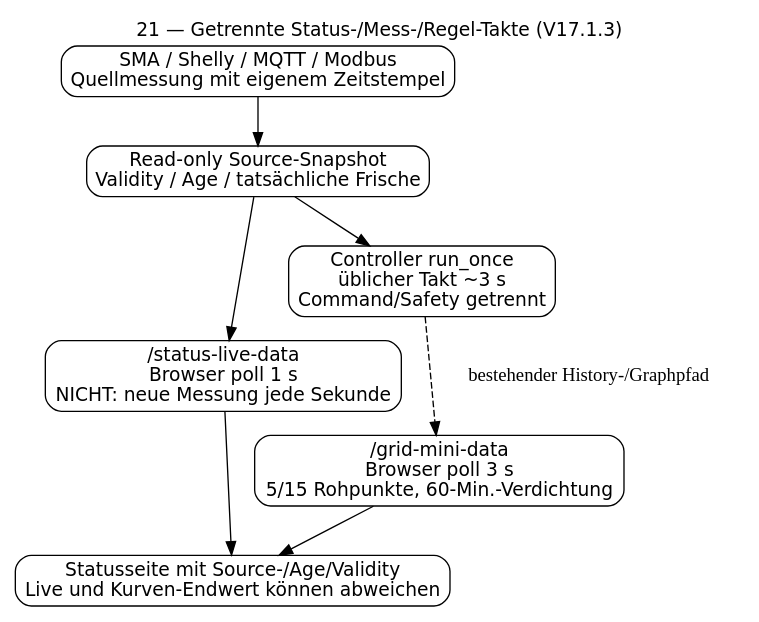
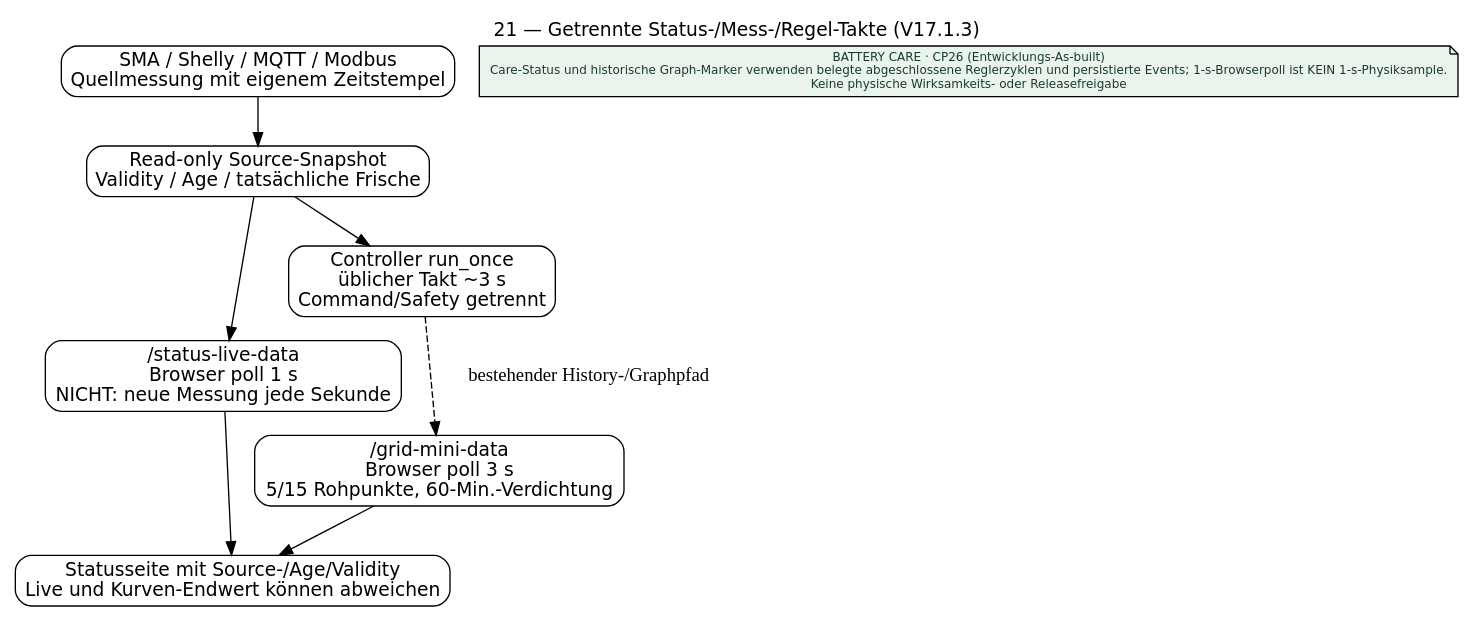
The diagram in docs/architecture/uml/diagrams/21_LIVE_STATUS_VS_CONTROL.dot (TTXaser2/zendure-energy-controller), drawn with Graphviz before and after one commit. The commit also changed 225 other files, not shown here.

```diff
--- a/docs/architecture/uml/diagrams/21_LIVE_STATUS_VS_CONTROL.dot
+++ b/docs/architecture/uml/diagrams/21_LIVE_STATUS_VS_CONTROL.dot
@@ -1,1 +1,3 @@
-digraph L {graph [label="21 — Getrennte Status-/Mess-/Regel-Takte (V17.1.3)",labelloc=t,rankdir=TB,fontname="DejaVu Sans"];node [shape=box,style="rounded,filled",fillcolor="white",fontname="DejaVu Sans"]; sensor [label="SMA / Shelly / MQTT / Modbus\nQuellmessung mit eigenem Zeitstempel"]; state [label="Read-only Source-Snapshot\nValidity / Age / tatsächliche Frische"]; live [label="/status-live-data\nBrowser poll 1 s\nNICHT: neue Messung jede Sekunde"]; control [label="Controller run_once\nüblicher Takt ~3 s\nCommand/Safety getrennt"]; mini [label="/grid-mini-data\nBrowser poll 3 s\n5/15 Rohpunkte, 60-Min.-Verdichtung"]; ui [label="Statusseite mit Source-/Age/Validity\nLive und Kurven-Endwert können abweichen"];sensor->state;state->live;state->control;control->mini [style=dashed,label="bestehender History-/Graphpfad"];live->ui;mini->ui;}
+digraph L {graph [label="21 — Getrennte Status-/Mess-/Regel-Takte (V17.1.3)",labelloc=t,rankdir=TB,fontname="DejaVu Sans"];node [shape=box,style="rounded,filled",fillcolor="white",fontname="DejaVu Sans"]; sensor [label="SMA / Shelly / MQTT / Modbus\nQuellmessung mit eigenem Zeitstempel"]; state [label="Read-only Source-Snapshot\nValidity / Age / tatsächliche Frische"]; live [label="/status-live-data\nBrowser poll 1 s\nNICHT: neue Messung jede Sekunde"]; control [label="Controller run_once\nüblicher Takt ~3 s\nCommand/Safety getrennt"]; mini [label="/grid-mini-data\nBrowser poll 3 s\n5/15 Rohpunkte, 60-Min.-Verdichtung"]; ui [label="Statusseite mit Source-/Age/Validity\nLive und Kurven-Endwert können abweichen"];sensor->state;state->live;state->control;control->mini [style=dashed,label="bestehender History-/Graphpfad"];live->ui;mini->ui;
+  cp26_care_21 [shape=note, style="filled", fillcolor="#eaf4ec", fontcolor="#193b2d", fontsize=9, label="BATTERY CARE · CP26 (Entwicklungs-As-built)\nCare-Status und historische Graph-Marker verwenden belegte abgeschlossene Reglerzyklen und persistierte Events; 1-s-Browserpoll ist KEIN 1-s-Physiksample.\nKeine physische Wirksamkeits- oder Releasefreigabe"];
+}
```
